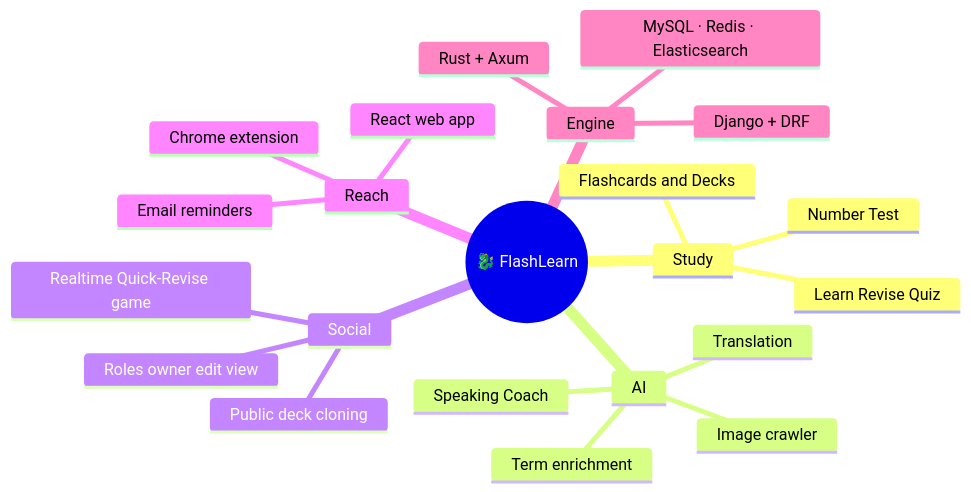
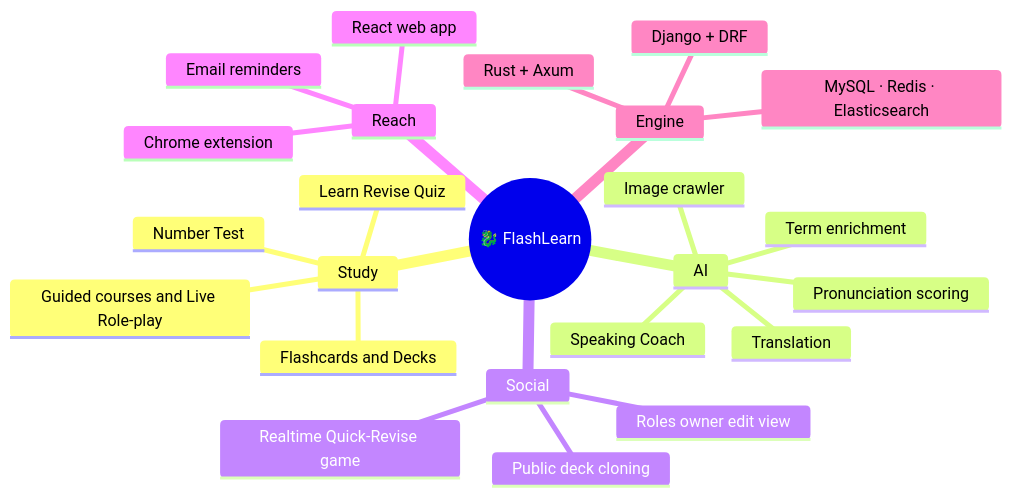
The first of 18 diagrams in ARCHITECTURE.md (ngovandong/flashlearn), drawn with Mermaid before and after one commit. The commit also changed other lines of this file and 72 other files, not shown here.

````diff
--- a/ARCHITECTURE.md
+++ b/ARCHITECTURE.md
@@ -60,25 +60,27 @@
 ```mermaid
 mindmap
   root((🐉 FlashLearn))
     Study
       Flashcards and Decks
       Learn Revise Quiz
       Number Test
+      Guided courses and Live Role-play
     AI
       Term enrichment
       Speaking Coach
+      Pronunciation scoring
       Image crawler
       Translation
     Social
       Public deck cloning
       Roles owner edit view
       Realtime Quick-Revise game
     Reach
       React web app
       Chrome extension
       Email reminders
     Engine
       Django + DRF
       Rust + Axum
       MySQL · Redis · Elasticsearch
 ```
````
